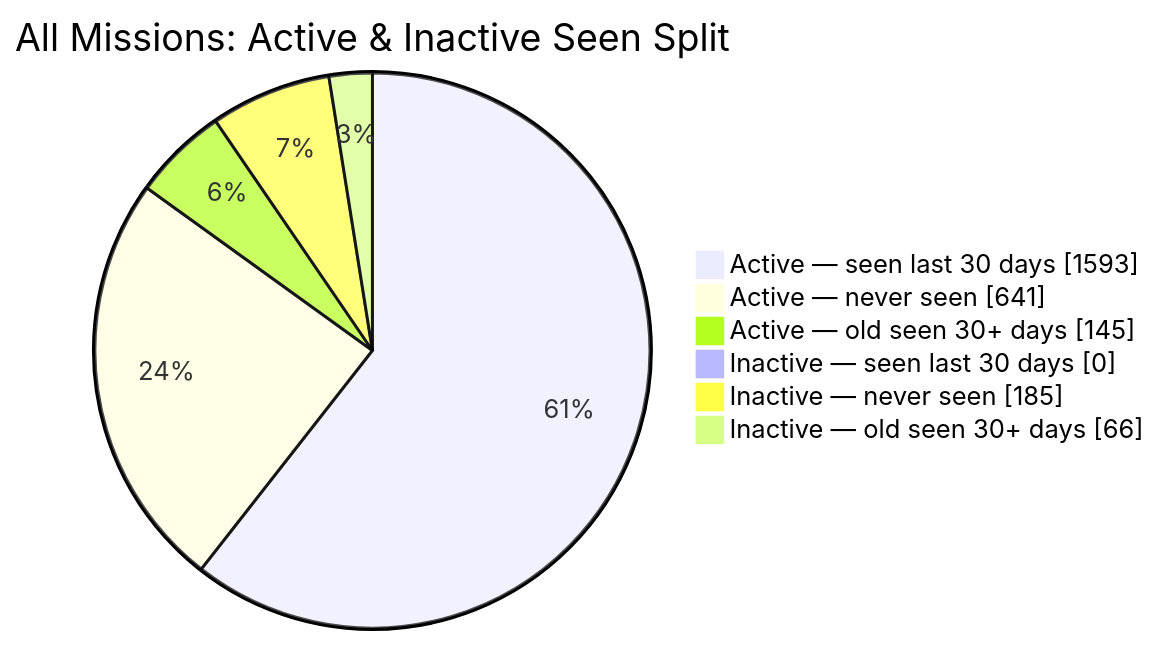
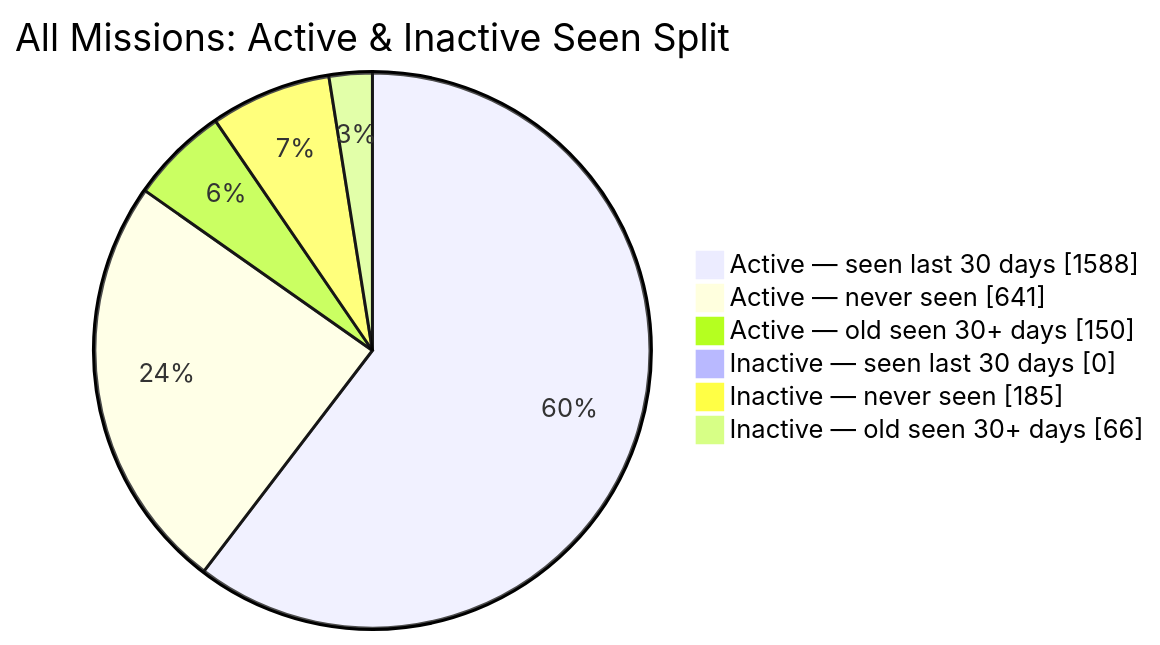
Before and after one commit to MeldkamerspelGameTeam/active-missions: the second of 2 diagrams in README.md, drawn with Mermaid. The commit also changed other lines of this file and 3 other files, not shown here.

````diff
--- a/README.md
+++ b/README.md
@@ -44,10 +44,10 @@
 ```mermaid
 pie showData
     title All Missions: Active & Inactive Seen Split
-    "Active — seen last 30 days" : 1593
+    "Active — seen last 30 days" : 1588
     "Active — never seen" : 641
-    "Active — old seen 30+ days" : 145
+    "Active — old seen 30+ days" : 150
     "Inactive — seen last 30 days" : 0
     "Inactive — never seen" : 185
     "Inactive — old seen 30+ days" : 66
 ```
````
